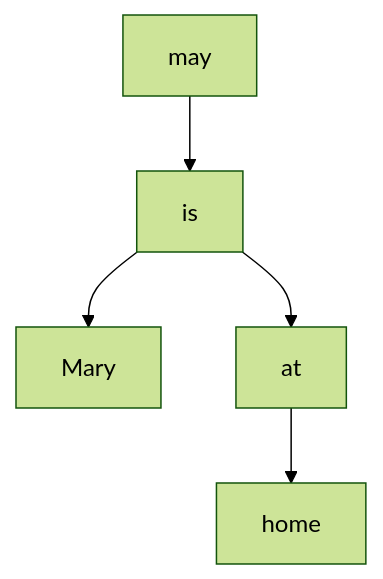
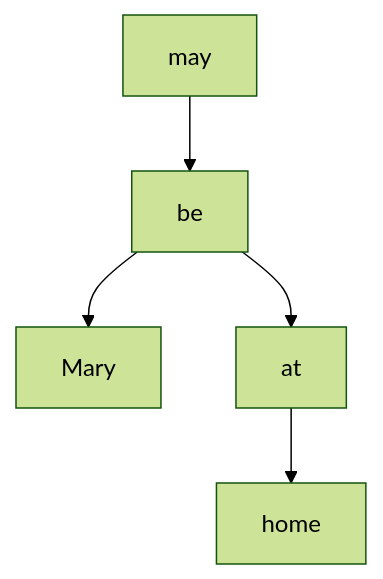
One commit to maglocvnus/verbs changed the first of 2 diagrams in Palmer2001/chapter-1.md. Above: the diagram before and after it, drawn with Mermaid (forest theme). The commit also changed other lines of this file, not shown here.

First line of the commit message:
Revise mermaid diagrams in chapter-1.md

````diff
--- a/Palmer2001/chapter-1.md
+++ b/Palmer2001/chapter-1.md
@@ -41,8 +41,7 @@
 ```mermaid
 graph TD
-  may --> is
-  is --> Mary
-  is --> at
+  may --> be
+  be --> Mary
+  be --> at
   at --> home
-
 ```
````
